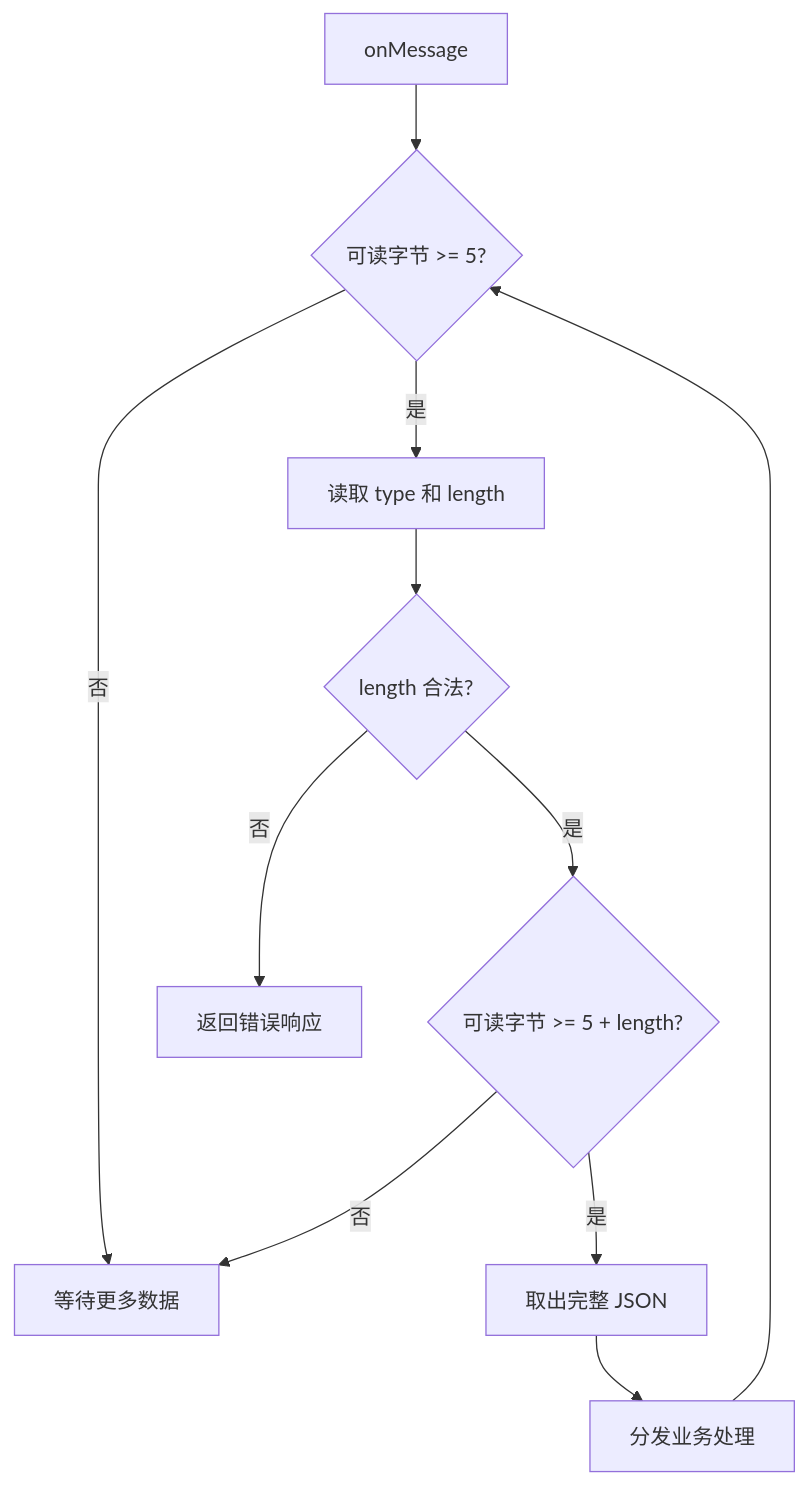
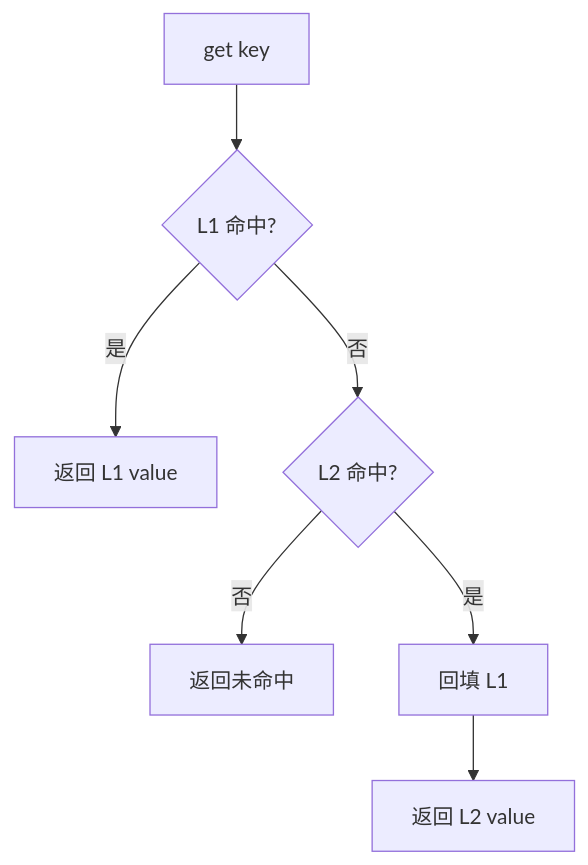
Before and after one commit to dijk4tra/Cpp_Advanced: the sixth of 11 diagrams in 课件/07_搜索引擎项目/03_SearchEngine_V3/README.md, drawn with Mermaid. The commit also changed other lines of this file and 80 other files, not shown here.

````diff
--- a/课件/07_搜索引擎项目/03_SearchEngine_V3/README.md
+++ b/课件/07_搜索引擎项目/03_SearchEngine_V3/README.md
@@ -515,13 +647,9 @@
 ```mermaid
 flowchart TD
-    A[onMessage] --> B{可读字节 >= 5?}
-    B -- 否 --> Z[等待更多数据]
-    B -- 是 --> C[读取 type 和 length]
-    C --> D{length 合法?}
-    D -- 否 --> E[返回错误响应]
-    D -- 是 --> F{可读字节 >= 5 + length?}
-    F -- 否 --> Z
-    F -- 是 --> G[取出完整 JSON]
-    G --> H[分发业务处理]
-    H --> B
+    A[get key] --> B{L1 命中?}
+    B -- 是 --> C[返回 L1 value]
+    B -- 否 --> D{L2 命中?}
+    D -- 否 --> E[返回未命中]
+    D -- 是 --> F[回填 L1]
+    F --> G[返回 L2 value]
 ```
````
